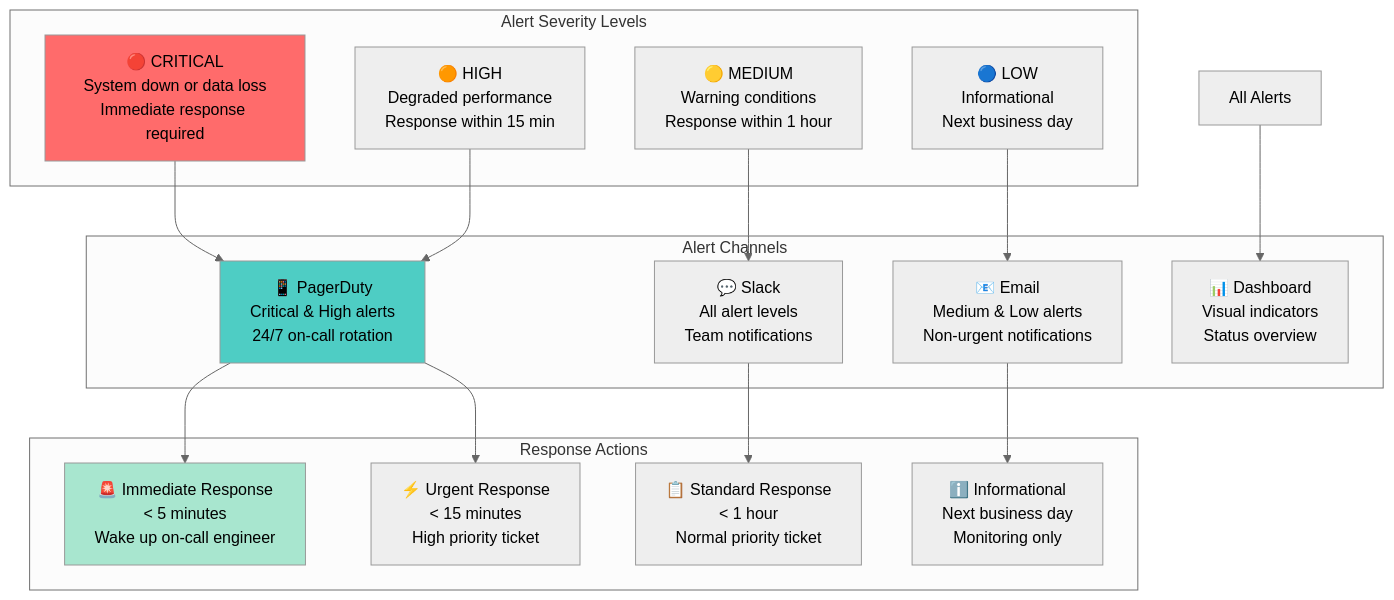
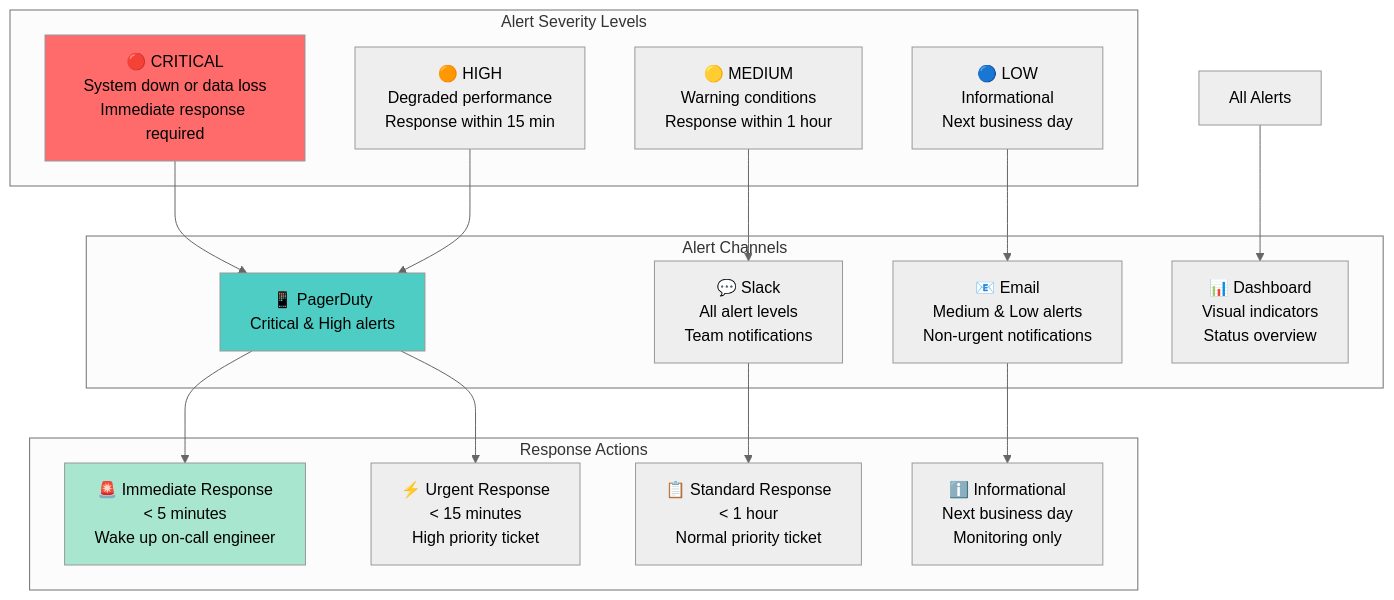
Before and after one commit to vorrawut/KafkaStarter: the ninth of 10 diagrams in class/modules/lesson_19/concept.md, drawn with Mermaid (neutral theme). The commit also changed other lines of this file and 140 other files, not shown here.

````diff
--- a/class/modules/lesson_19/concept.md
+++ b/class/modules/lesson_19/concept.md
@@ -569,39 +569,39 @@
 ```mermaid
 graph TB
     subgraph "Alert Severity Levels"
         CRITICAL[🔴 CRITICAL<br/>System down or data loss<br/>Immediate response required]
         HIGH[🟠 HIGH<br/>Degraded performance<br/>Response within 15 min]
         MEDIUM[🟡 MEDIUM<br/>Warning conditions<br/>Response within 1 hour]
         LOW[🔵 LOW<br/>Informational<br/>Next business day]
     end
     
     subgraph "Alert Channels"
-        PAGERDUTY[📱 PagerDuty<br/>Critical & High alerts<br/>24/7 on-call rotation]
+        PAGERDUTY[📱 PagerDuty<br/>Critical & High alerts<br/&gt;24/7 on-call rotation]
         SLACK[💬 Slack<br/>All alert levels<br/>Team notifications]
         EMAIL[📧 Email<br/>Medium & Low alerts<br/>Non-urgent notifications]
         DASHBOARD[📊 Dashboard<br/>Visual indicators<br/>Status overview]
     end
     
     subgraph "Response Actions"
         IMMEDIATE[🚨 Immediate Response<br/>< 5 minutes<br/>Wake up on-call engineer]
         URGENT[⚡ Urgent Response<br/>< 15 minutes<br/>High priority ticket]
         STANDARD[📋 Standard Response<br/>< 1 hour<br/>Normal priority ticket]
         INFORMATIONAL[ℹ️ Informational<br/>Next business day<br/>Monitoring only]
     end
     
     CRITICAL --> PAGERDUTY
     HIGH --> PAGERDUTY
     MEDIUM --> SLACK
     LOW --> EMAIL
     
     PAGERDUTY --> IMMEDIATE
     PAGERDUTY --> URGENT
     SLACK --> STANDARD
     EMAIL --> INFORMATIONAL
     
     ALL_ALERTS[All Alerts] --> DASHBOARD
     
     style CRITICAL fill:#ff6b6b
     style PAGERDUTY fill:#4ecdc4
     style IMMEDIATE fill:#a8e6cf
 ```
````
